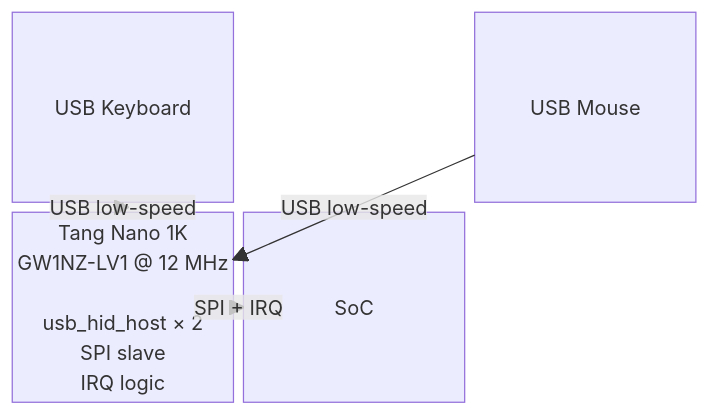
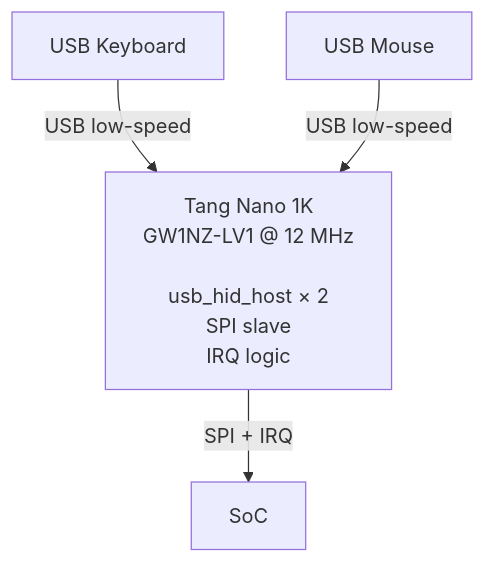
The diagram in README.md (jonathan-gaul/rexta-usb), drawn with Mermaid before and after one commit.

Commit message:
Fix diagram in README

````diff
--- a/README.md
+++ b/README.md
@@ -9,23 +9,14 @@
 ```mermaid
-block-beta
-    columns 3
-
-    kbd["USB Keyboard"]
-    space
+flowchart TD
+    kbd["USB Keyboard"]    
     mse["USB Mouse"]
 
-    kbd-- "USB low-speed" -->nano
-    mse-- "USB low-speed" -->nano
+    kbd-- USB low-speed -->nano
+    mse-- USB low-speed -->nano
 
-    block:nano:3
-        columns 1
-        nano["Tang Nano 1K\nGW1NZ-LV1 @ 12 MHz\n\nusb_hid_host × 2\nSPI slave\nIRQ logic"]
-    end
-
-    nano-- "SPI + IRQ" -->cpu
-
-    block:cpu:3
-        columns 1
-        cpu["SoC"]
-    end
+    nano["Tang Nano 1K\nGW1NZ-LV1 @ 12 MHz\n\nusb_hid_host × 2\nSPI slave\nIRQ logic"]
+    
+    nano-- SPI + IRQ -->cpu
+    
+    cpu["SoC"]    
 ```
````
